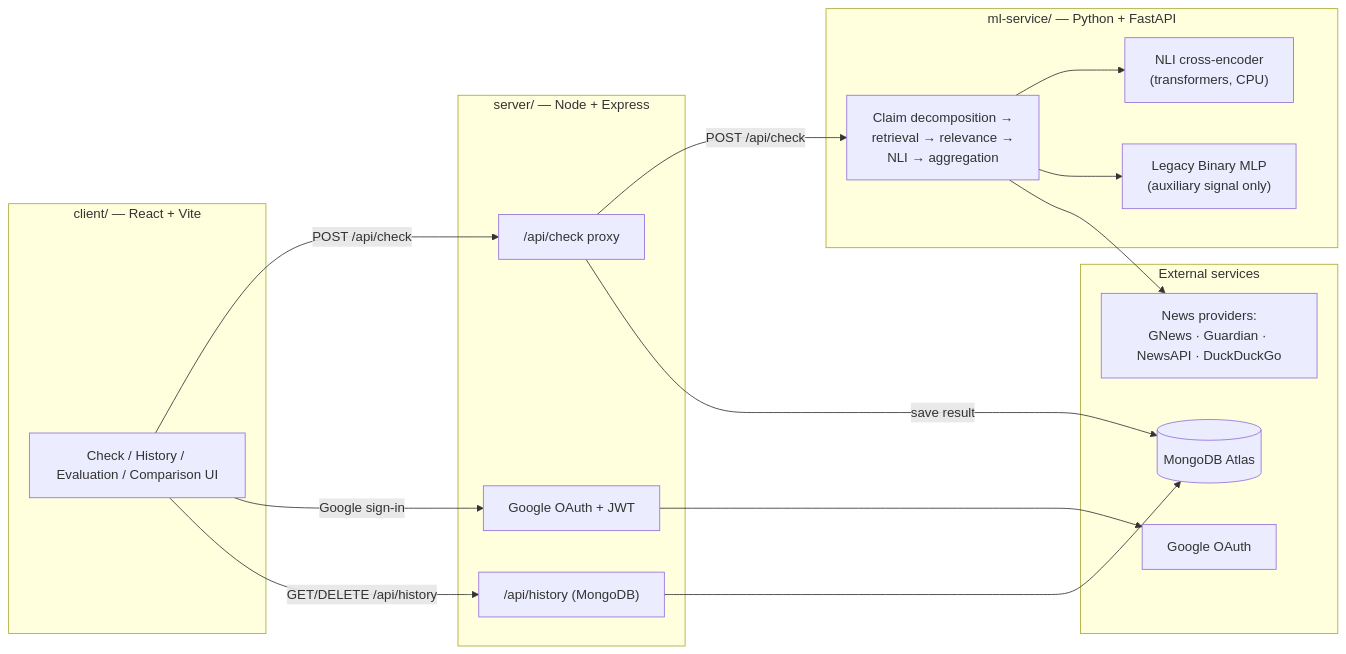
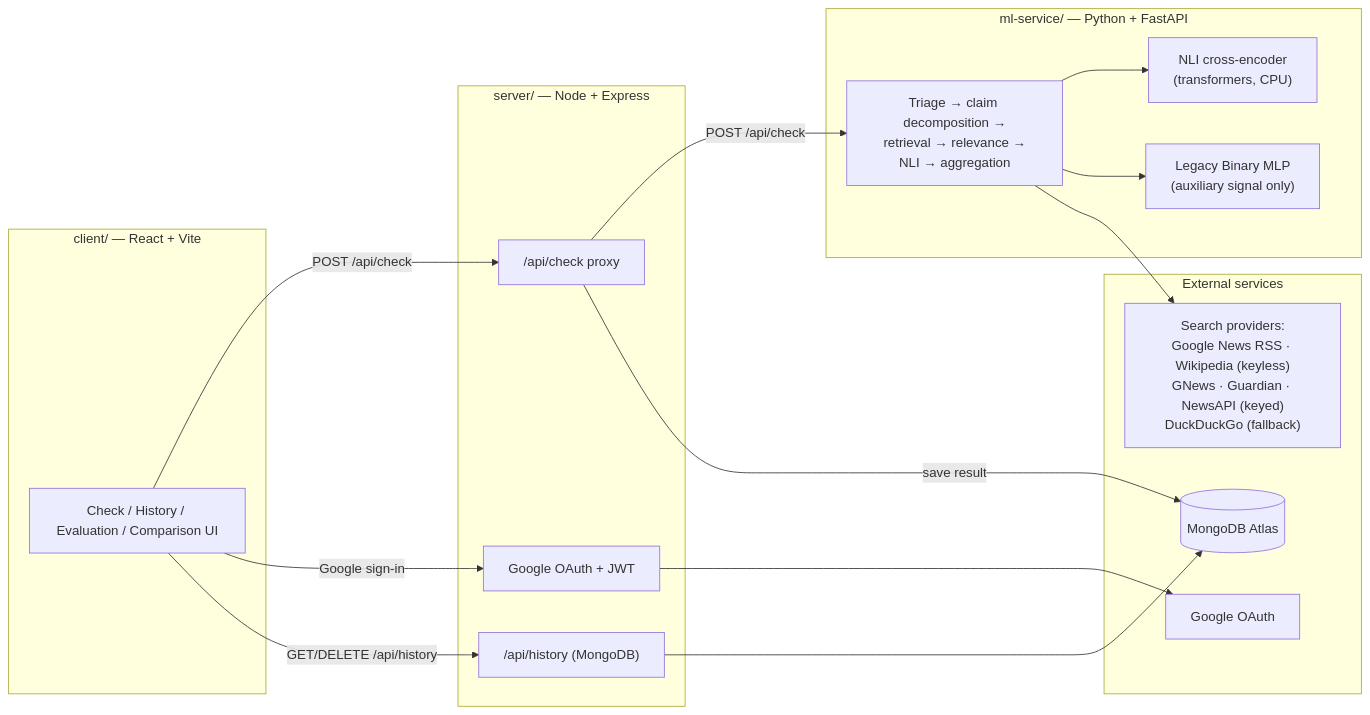
The first of 2 diagrams in README.md (Shoaib1M/News-Checker), drawn with Mermaid before and after one commit. The commit also changed other lines of this file and 1 other file, not shown here.

First line of the commit message:
Document the new verdict states, providers and triage stage

````diff
--- a/README.md
+++ b/README.md
@@ -68,32 +100,32 @@
 ```mermaid
 flowchart LR
     subgraph Client["client/ — React + Vite"]
         UI[Check / History / Evaluation / Comparison UI]
     end
     subgraph Server["server/ — Node + Express"]
         Auth["Google OAuth + JWT"]
         Proxy["/api/check proxy"]
         History["/api/history (MongoDB)"]
     end
     subgraph ML["ml-service/ — Python + FastAPI"]
-        Pipeline["Claim decomposition →<br/>retrieval → relevance →<br/>NLI → aggregation"]
+        Pipeline["Triage → claim decomposition →<br/>retrieval → relevance →<br/>NLI → aggregation"]
         NLIModel["NLI cross-encoder<br/>(transformers, CPU)"]
         Legacy["Legacy Binary MLP<br/>(auxiliary signal only)"]
     end
     subgraph External["External services"]
         Mongo[(MongoDB Atlas)]
         Google[Google OAuth]
-        News["News providers:<br/>GNews · Guardian · NewsAPI · DuckDuckGo"]
+        News["Search providers:<br/>Google News RSS · Wikipedia (keyless)<br/>GNews · Guardian · NewsAPI (keyed)<br/>DuckDuckGo (fallback)"]
     end
 
     UI -->|"POST /api/check"| Proxy
     UI -->|"Google sign-in"| Auth
     UI -->|"GET/DELETE /api/history"| History
     Auth --> Google
     History --> Mongo
     Proxy -->|"POST /api/check"| Pipeline
     Proxy -->|save result| Mongo
     Pipeline --> NLIModel
     Pipeline --> Legacy
     Pipeline --> News
 ```
````
